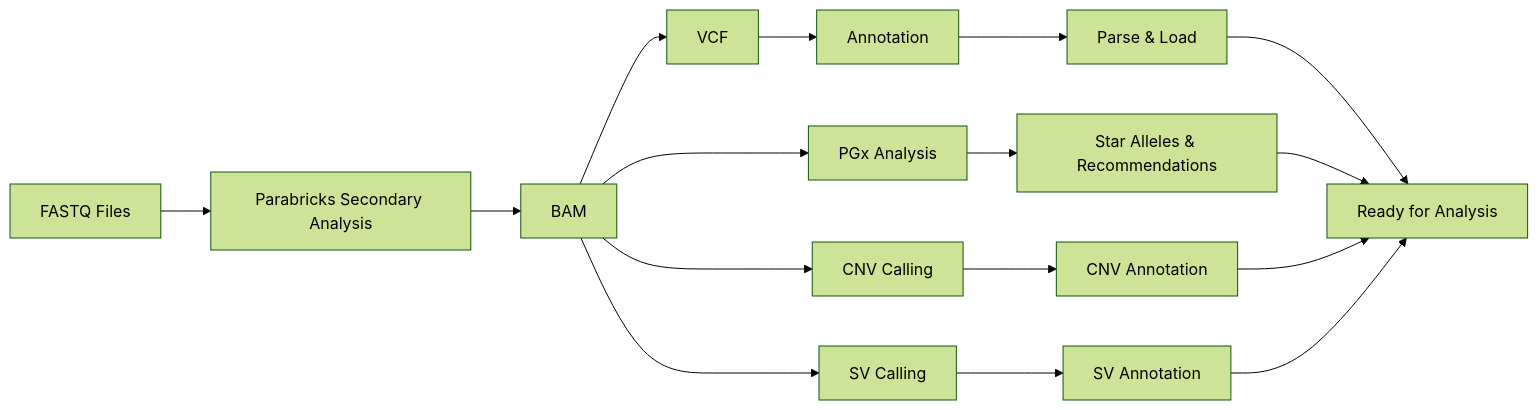
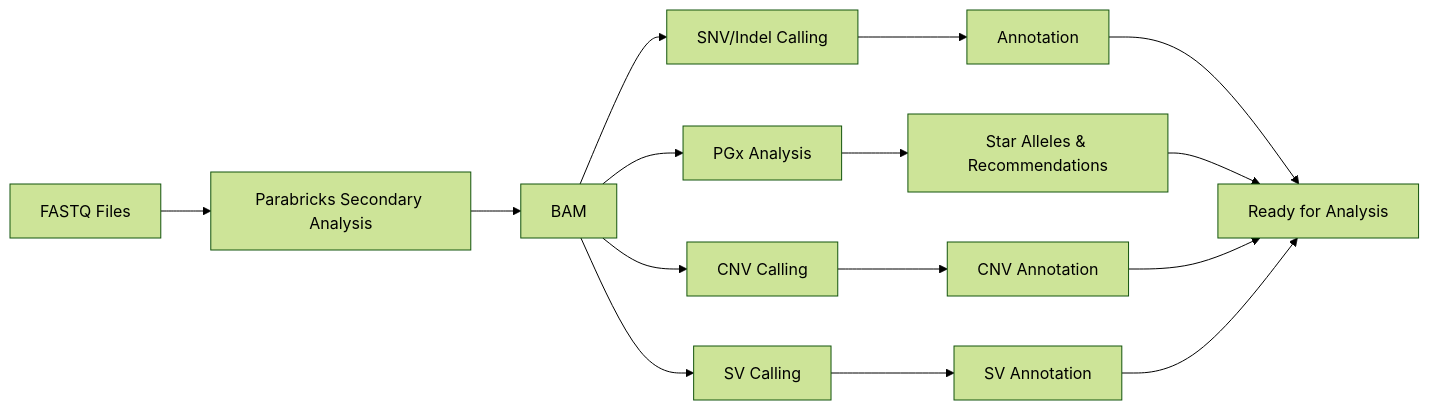
Before and after one commit to MHSPL/aiva-docs: the diagram in docs/samples/secondary-analysis.md, drawn with Mermaid (forest theme).

Commit message:
Update secondary analysis pipeline diagram to show optional SNV/Indel calling step and simplify workflow
- Rename VCF node to "SNV/Indel Calling" to clarify optional nature
- Remove "Parse & Load" intermediate step between annotation and analysis-ready state
- Simplify workflow by connecting annotation directly to "Ready for Analysis"

````diff
--- a/docs/samples/secondary-analysis.md
+++ b/docs/samples/secondary-analysis.md
@@ -32,18 +32,17 @@
 ```mermaid
 graph LR
     A[FASTQ Files] --> B[Parabricks Secondary Analysis]
     B --> C[BAM]
-    C --> D[VCF]
+    C --> D[SNV/Indel Calling]
     C --> E[PGx Analysis]
     C --> J[CNV Calling]
     C --> K[SV Calling]
     D --> F[Annotation]
-    F --> G[Parse & Load]
-    G --> H[Ready for Analysis]
+    F --> H[Ready for Analysis]
     E --> I[Star Alleles & Recommendations]
     I --> H
     J --> L[CNV Annotation]
     L --> H
     K --> M[SV Annotation]
     M --> H
 ```
````
